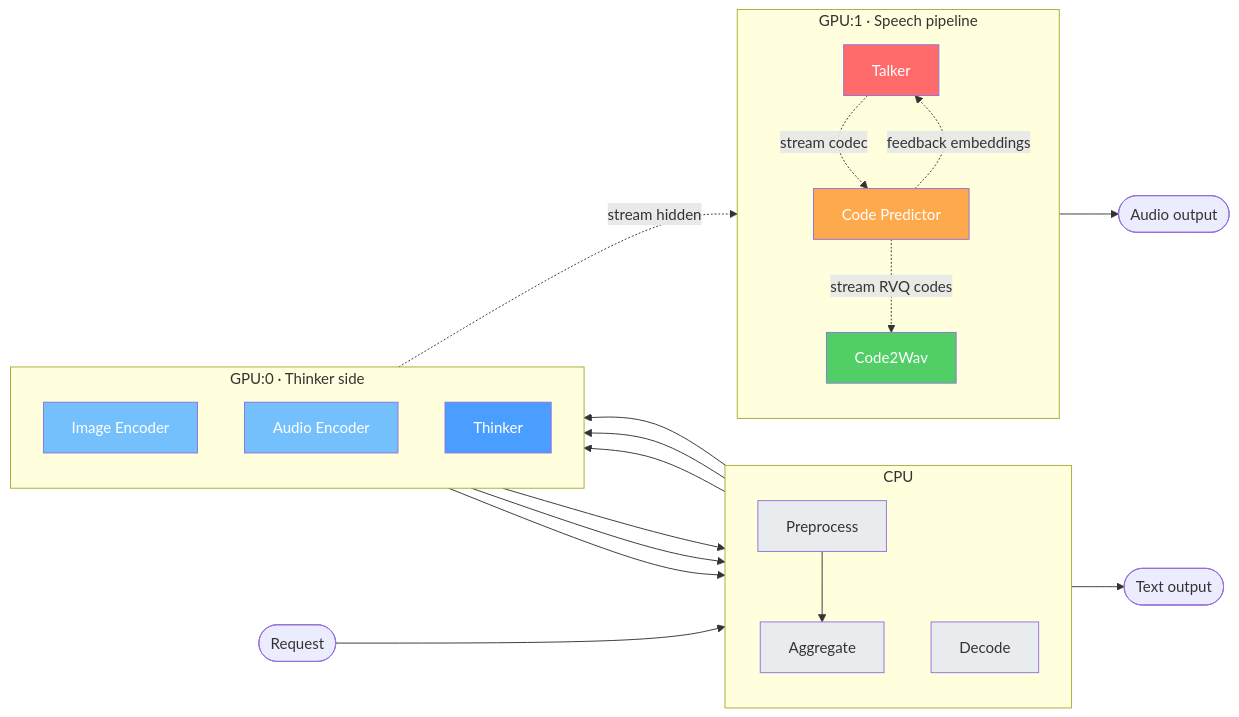
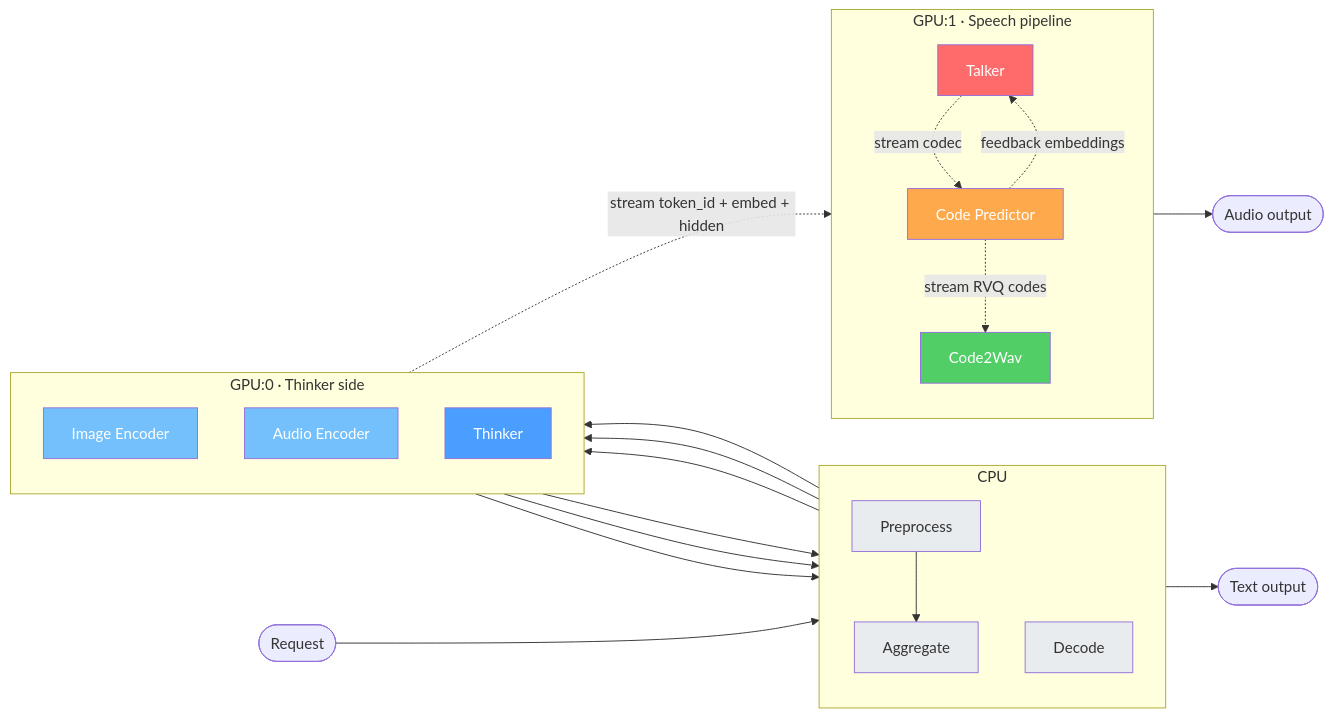
The second of 22 diagrams in sglang/sglang-omni/README.md (zhaochenyang20/Awesome-ML-SYS-Tutorial), drawn with Mermaid before and after one commit. The commit also changed other lines of this file and 2 other files, not shown here.

````diff
--- a/sglang/sglang-omni/README.md
+++ b/sglang/sglang-omni/README.md
@@ -80,49 +80,49 @@
 ```mermaid
 graph LR
     Req([Request])
 
     subgraph CPU["CPU"]
         direction TB
         Pre[Preprocess]
         Agg[Aggregate]
         Dec[Decode]
     end
 
     subgraph G0["GPU:0 · Thinker side"]
         direction TB
         IE[Image Encoder]
         AE[Audio Encoder]
         Th[Thinker]
     end
 
     subgraph G1["GPU:1 · Speech pipeline"]
         direction TB
         Tk[Talker]
         CP[Code Predictor]
         CW[Code2Wav]
     end
 
     Req --> Pre
     Pre --> IE
     Pre --> AE
     Pre --> Agg
     IE --> Agg
     AE --> Agg
     Agg --> Th
     Th --> Dec --> TextOut([Text output])
-    Th -.->|stream hidden| Tk
+    Th -.->|stream token_id + embed + hidden| Tk
     Tk -.->|stream codec| CP
     CP -.->|stream RVQ codes| CW
     CW --> AudioOut([Audio output])
     CP -.->|feedback embeddings| Tk
 
     style Pre fill:#e9ecef,color:#333
     style Agg fill:#e9ecef,color:#333
     style Dec fill:#e9ecef,color:#333
     style IE fill:#74c0fc,color:#fff
     style AE fill:#74c0fc,color:#fff
     style Th fill:#4a9eff,color:#fff
     style Tk fill:#ff6b6b,color:#fff
     style CP fill:#ffa94d,color:#fff
     style CW fill:#51cf66,color:#fff
 ```
````
